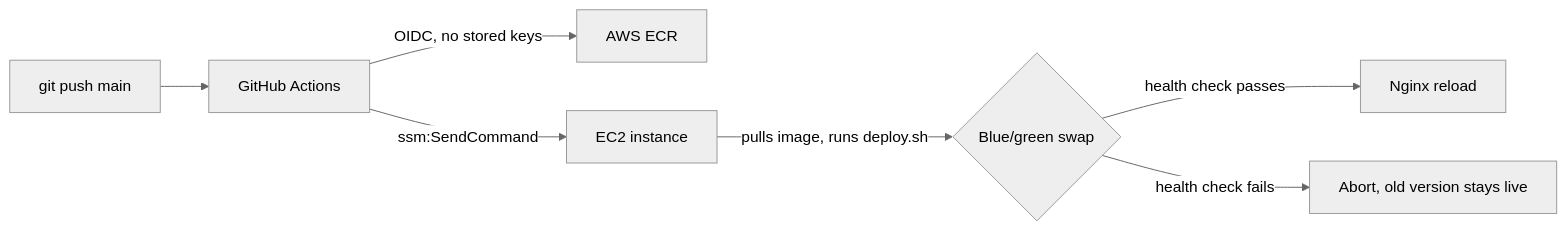
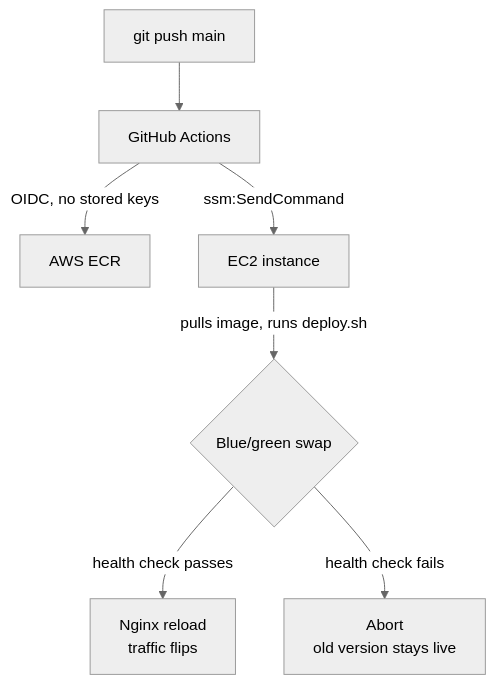
Before and after one commit to SidR-13/buildboard: the second of 2 diagrams in README.md, drawn with Mermaid (neutral theme). The commit also changed other lines of this file, not shown here.

First line of the commit message:
Rewrite README: full engineering-decisions section, fix diagram layout

````diff
--- a/README.md
+++ b/README.md
@@ -39,9 +65,9 @@
 ```mermaid
-flowchart LR
-    PUSH[git push main] --> GHA[GitHub Actions]
-    GHA -- OIDC, no stored keys --> ECR[AWS ECR]
-    GHA -- ssm:SendCommand --> EC2[EC2 instance]
-    EC2 -- pulls image, runs deploy.sh --> BG{Blue/green swap}
-    BG -- health check passes --> NGINX[Nginx reload]
-    BG -- health check fails --> ABORT[Abort, old version stays live]
+flowchart TD
+    PUSH["git push main"] --> GHA["GitHub Actions"]
+    GHA -->|"OIDC, no stored keys"| ECR["AWS ECR"]
+    GHA -->|"ssm:SendCommand"| EC2["EC2 instance"]
+    EC2 -->|"pulls image, runs deploy.sh"| BG{"Blue/green swap"}
+    BG -->|"health check passes"| OK["Nginx reload<br/>traffic flips"]
+    BG -->|"health check fails"| FAIL["Abort<br/>old version stays live"]
 ```
````
